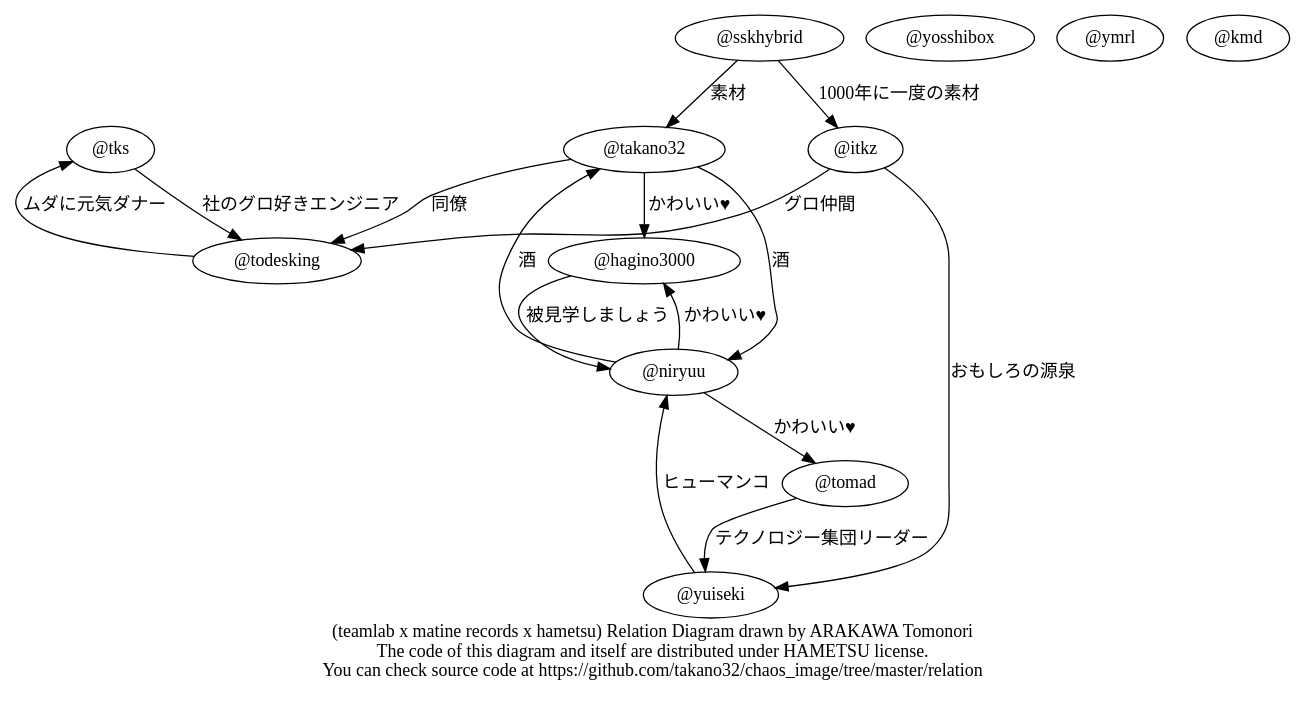
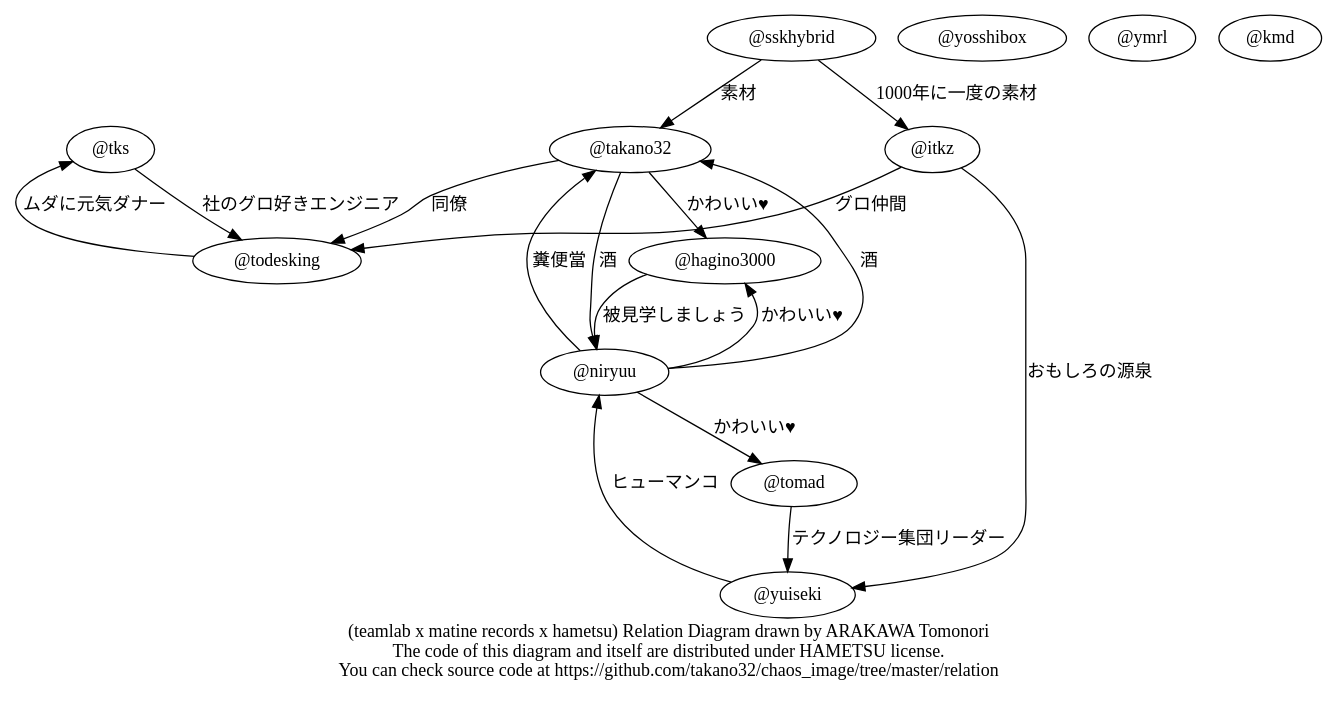
One commit to hametsu/chaos_image changed the diagram in relation/hameatsudo.dot. Above: the diagram before and after it, drawn with Graphviz.

```diff
--- a/relation/hameatsudo.dot
+++ b/relation/hameatsudo.dot
@@ -1,23 +1,24 @@
 digraph Hameatsudo {
   graph [concentrate = true];
   overlap=orthoxy;
   "@tks" -> "@todesking" [label = "社のグロ好きエンジニア"];
   "@takano32" -> "@todesking" [label = "同僚"];
   "@takano32" -> "@hagino3000" [label = "かわいい♥"];
+  "@takano32" -> "@niryuu" [label = "酒"];
   "@todesking" -> "@tks" [label = "ムダに元気ダナー"];
   "@tomad" -> "@yuiseki" [label = "テクノロジー集団リーダー"];
   "@yosshibox"
   "@sskhybrid" -> "@itkz" [label = "1000年に一度の素材"];
   "@sskhybrid" -> "@takano32" [label = "素材"];
   "@ymrl"
   "@niryuu" -> "@hagino3000" [label = "かわいい♥"];
   "@niryuu" -> "@tomad" [label = "かわいい♥"];
   "@niryuu" -> "@takano32" [label = "酒"];
-  "@takano32" -> "@niryuu" [label = "酒"];
+  "@niryuu" -> "@takano32" [label = "糞便當"];
   "@itkz" -> "@todesking" [label = "グロ仲間"];
   "@itkz" -> "@yuiseki" [label = "おもしろの源泉"];
   "@yuiseki" -> "@niryuu" [label = "ヒューマンコ"];
   "@hagino3000" -> "@niryuu" [label = "被見学しましょう"];
   "@kmd"
   label = "(teamlab x matine records x hametsu) Relation Diagram drawn by ARAKAWA Tomonori\nThe code of this diagram and itself are distributed under HAMETSU license.\nYou can check source code at https://github.com/takano32/chaos_image/tree/master/relation";
 }
```
